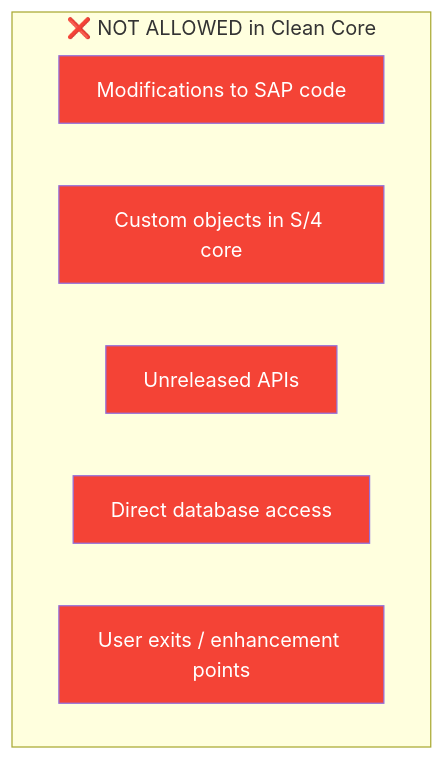
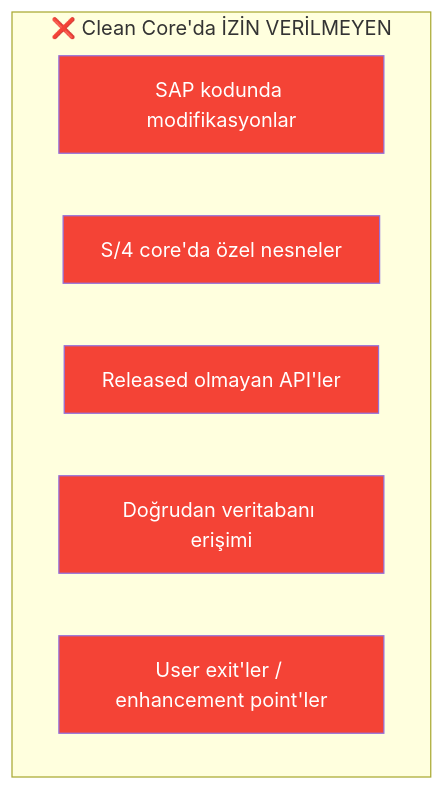
The second of 5 diagrams in Technical Tutorials/BTP/TR/chapters/17-clean-core.md (beyhanmeyrali/sap-all), drawn with Mermaid before and after one commit. The commit also changed other lines of this file and 2 other files, not shown here.

````diff
--- a/Technical Tutorials/BTP/TR/chapters/17-clean-core.md
+++ b/Technical Tutorials/BTP/TR/chapters/17-clean-core.md
@@ -43,16 +43,16 @@
 ```mermaid
 graph TD
-    subgraph "❌ NOT ALLOWED in Clean Core"
-        M1[Modifications to SAP code]
-        M2[Custom objects in S/4 core]
-        M3[Unreleased APIs]
-        M4[Direct database access]
-        M5[User exits / enhancement points]
+    subgraph "❌ Clean Core'da İZİN VERİLMEYEN"
+        M1[SAP kodunda modifikasyonlar]
+        M2[S/4 core'da özel nesneler]
+        M3[Released olmayan API'ler]
+        M4[Doğrudan veritabanı erişimi]
+        M5[User exit'ler / enhancement point'ler]
     end
 
     style M1 fill:#f44336,color:white
     style M2 fill:#f44336,color:white
     style M3 fill:#f44336,color:white
     style M4 fill:#f44336,color:white
     style M5 fill:#f44336,color:white
 ```
````
